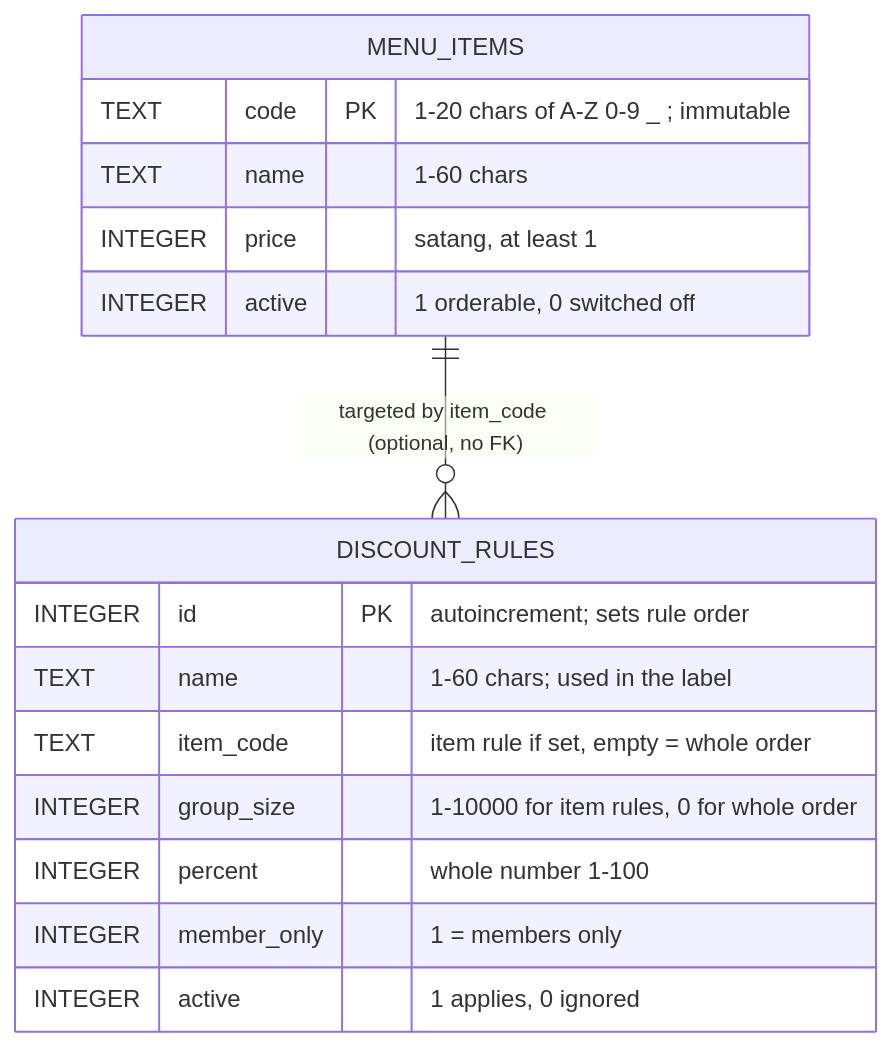
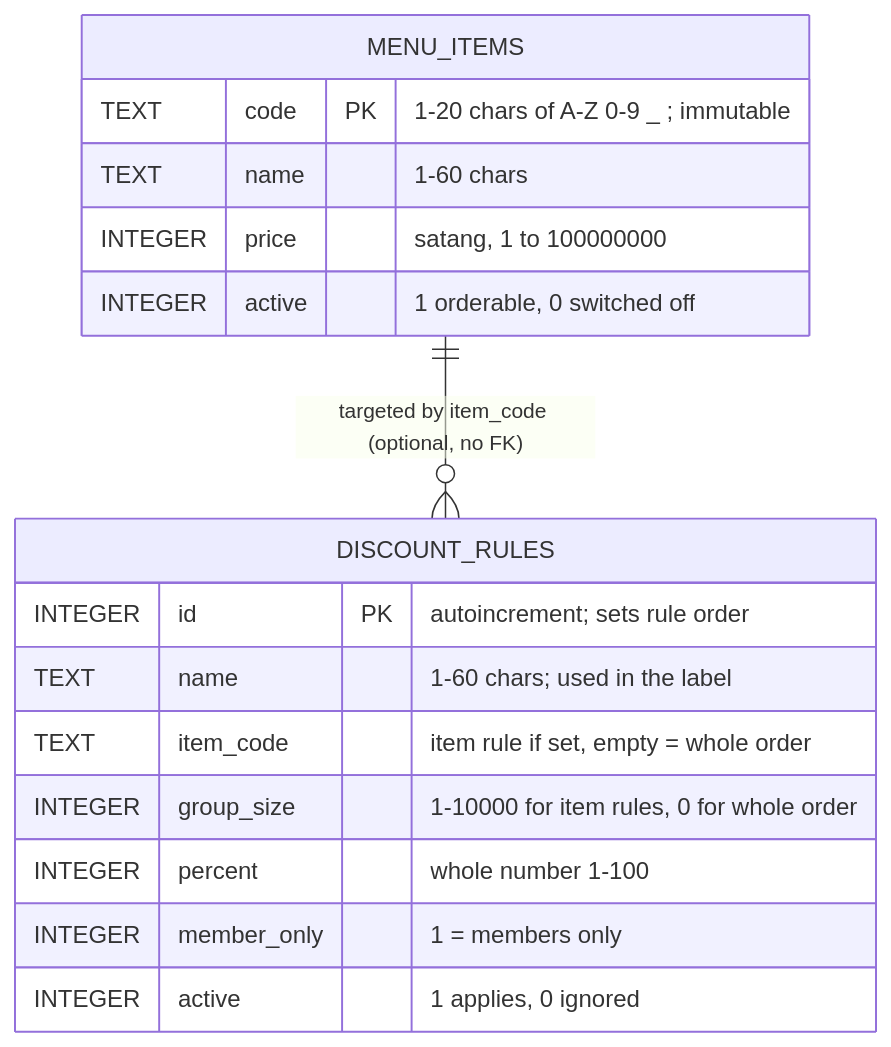
One commit to Gravizz/freshket changed the second of 8 diagrams in docs/ARCHITECTURE.md. Above: the diagram before and after it, drawn with Mermaid. The commit also changed other lines of this file and 5 other files, not shown here.

````diff
--- a/docs/ARCHITECTURE.md
+++ b/docs/ARCHITECTURE.md
@@ -63,21 +66,21 @@
 ```mermaid
 erDiagram
     MENU_ITEMS ||--o{ DISCOUNT_RULES : "targeted by item_code (optional, no FK)"
 
     MENU_ITEMS {
         TEXT code PK "1-20 chars of A-Z 0-9 _ ; immutable"
         TEXT name "1-60 chars"
-        INTEGER price "satang, at least 1"
+        INTEGER price "satang, 1 to 100000000"
         INTEGER active "1 orderable, 0 switched off"
     }
 
     DISCOUNT_RULES {
         INTEGER id PK "autoincrement; sets rule order"
         TEXT name "1-60 chars; used in the label"
         TEXT item_code "item rule if set, empty = whole order"
         INTEGER group_size "1-10000 for item rules, 0 for whole order"
         INTEGER percent "whole number 1-100"
         INTEGER member_only "1 = members only"
         INTEGER active "1 applies, 0 ignored"
     }
 ```
````
